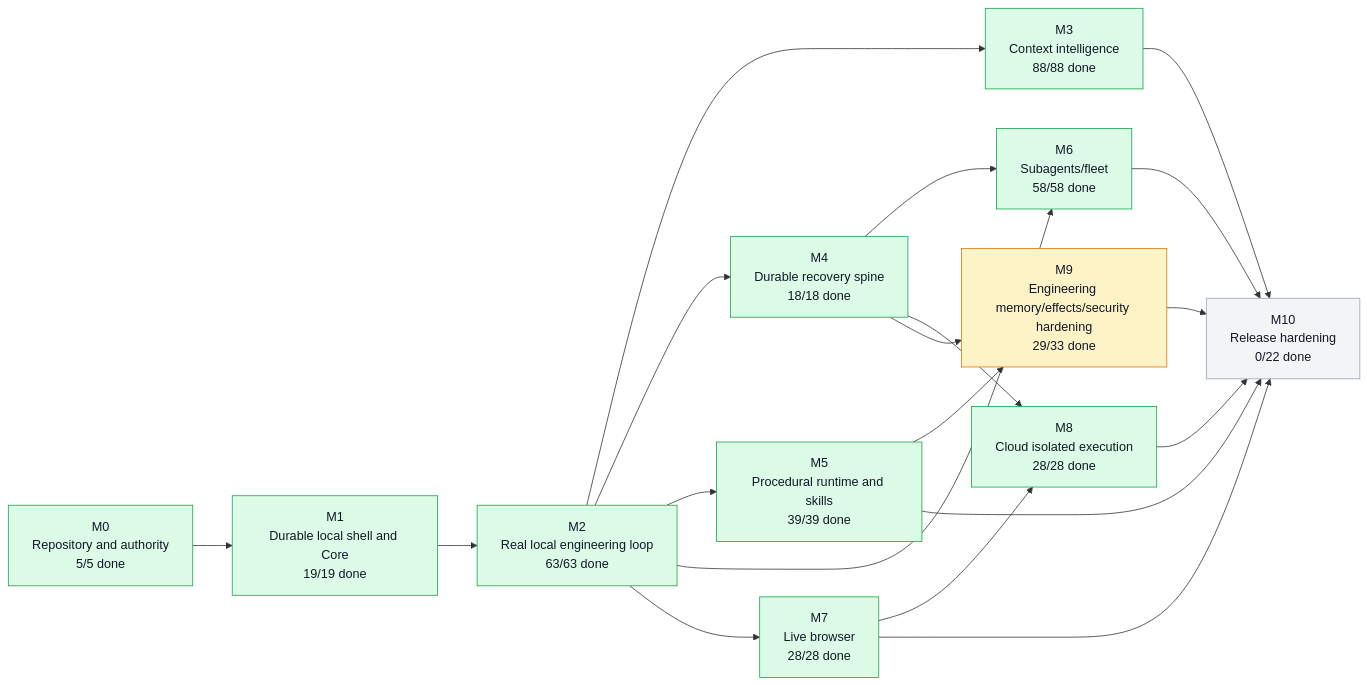
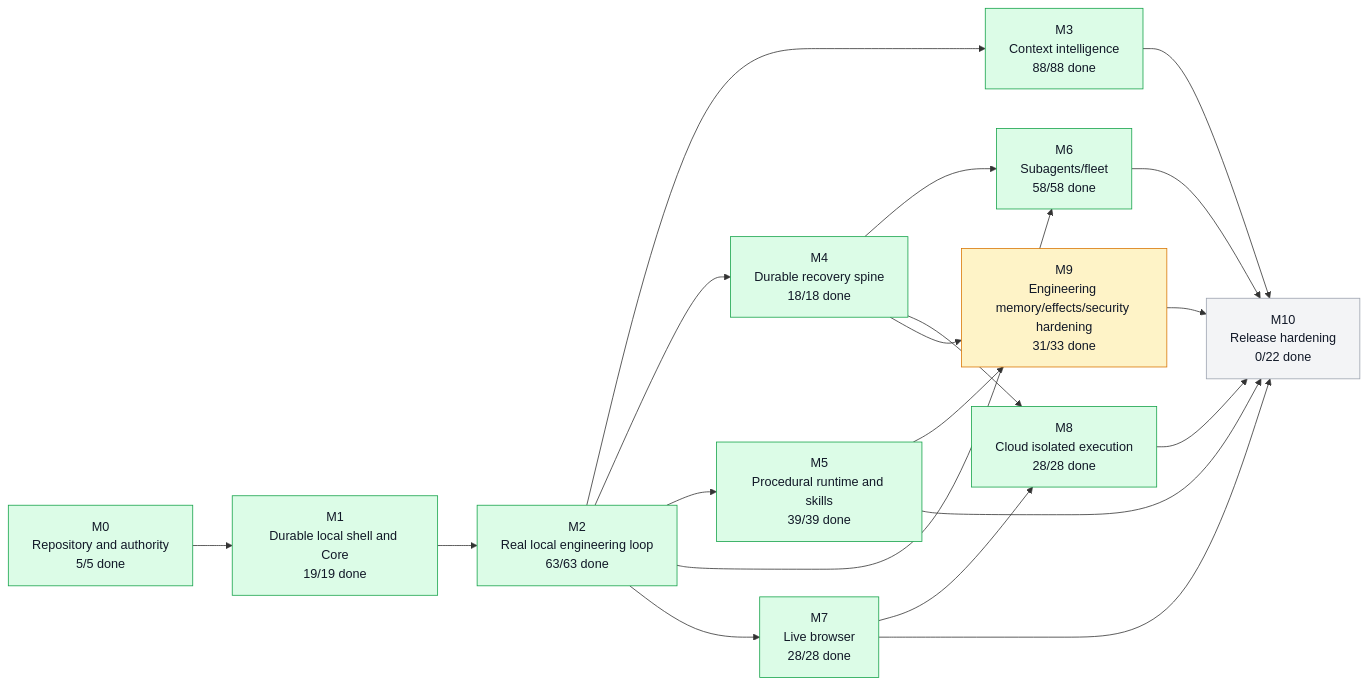
Before and after one commit to moss101/modbit: the first of 5 diagrams in graph/PROJECT_GRAPH.md, drawn with Mermaid. The commit also changed other lines of this file and 7 other files, not shown here.

````diff
--- a/graph/PROJECT_GRAPH.md
+++ b/graph/PROJECT_GRAPH.md
@@ -57,43 +57,43 @@
 ```mermaid
 flowchart LR
   M0["M0<br/>Repository and authority<br/>5/5 done"]
   M1["M1<br/>Durable local shell and Core<br/>19/19 done"]
   M2["M2<br/>Real local engineering loop<br/>63/63 done"]
   M3["M3<br/>Context intelligence<br/>88/88 done"]
   M4["M4<br/>Durable recovery spine<br/>18/18 done"]
   M5["M5<br/>Procedural runtime and skills<br/>39/39 done"]
   M6["M6<br/>Subagents/fleet<br/>58/58 done"]
   M7["M7<br/>Live browser<br/>28/28 done"]
   M8["M8<br/>Cloud isolated execution<br/>28/28 done"]
-  M9["M9<br/>Engineering memory/effects/security hardening<br/>29/33 done"]
+  M9["M9<br/>Engineering memory/effects/security hardening<br/>31/33 done"]
   M10["M10<br/>Release hardening<br/>0/22 done"]
   M0 --> M1
   M1 --> M2
   M2 --> M3
   M2 --> M4
   M2 --> M5
   M2 --> M6
   M4 --> M6
   M2 --> M7
   M4 --> M8
   M7 --> M8
   M4 --> M9
   M5 --> M9
   M3 --> M10
   M5 --> M10
   M6 --> M10
   M7 --> M10
   M8 --> M10
   M9 --> M10
   style M0 fill:#dcfce7,stroke:#16a34a,color:#111827
   style M1 fill:#dcfce7,stroke:#16a34a,color:#111827
   style M2 fill:#dcfce7,stroke:#16a34a,color:#111827
   style M3 fill:#dcfce7,stroke:#16a34a,color:#111827
   style M4 fill:#dcfce7,stroke:#16a34a,color:#111827
   style M5 fill:#dcfce7,stroke:#16a34a,color:#111827
   style M6 fill:#dcfce7,stroke:#16a34a,color:#111827
   style M7 fill:#dcfce7,stroke:#16a34a,color:#111827
   style M8 fill:#dcfce7,stroke:#16a34a,color:#111827
   style M9 fill:#fef3c7,stroke:#d97706,color:#111827
   style M10 fill:#f3f4f6,stroke:#9ca3af,color:#111827
 ```
````
